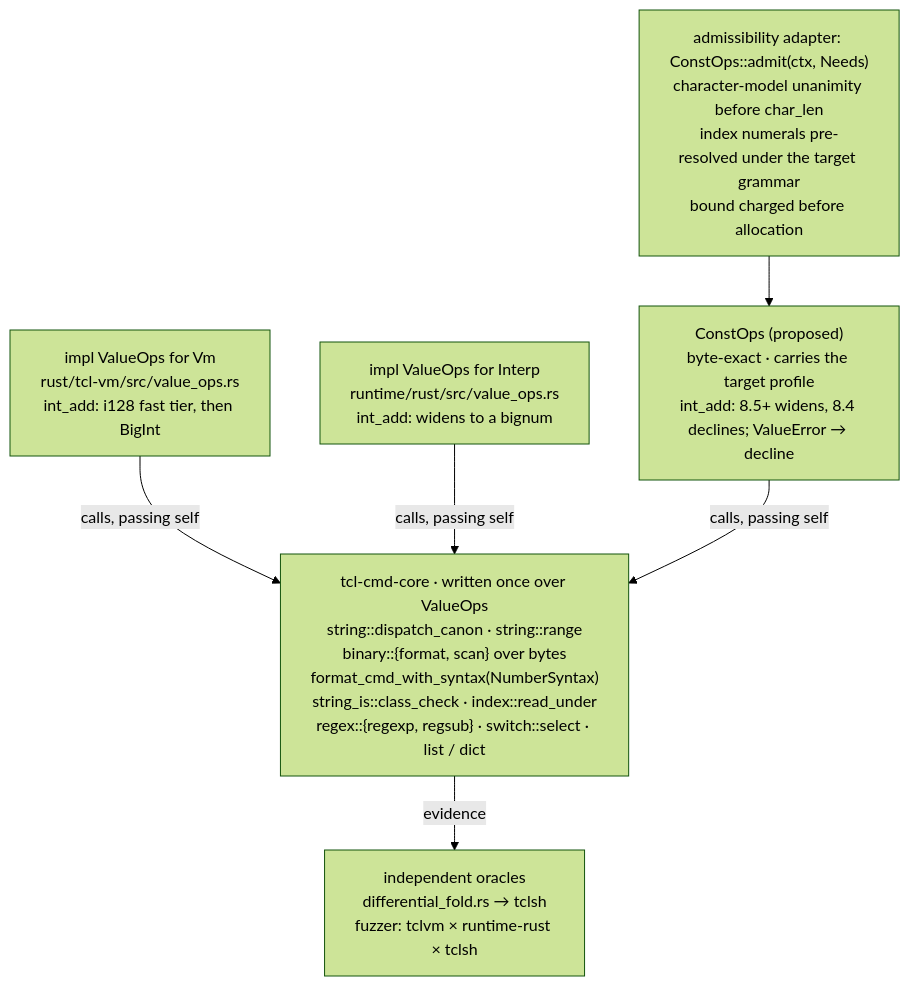
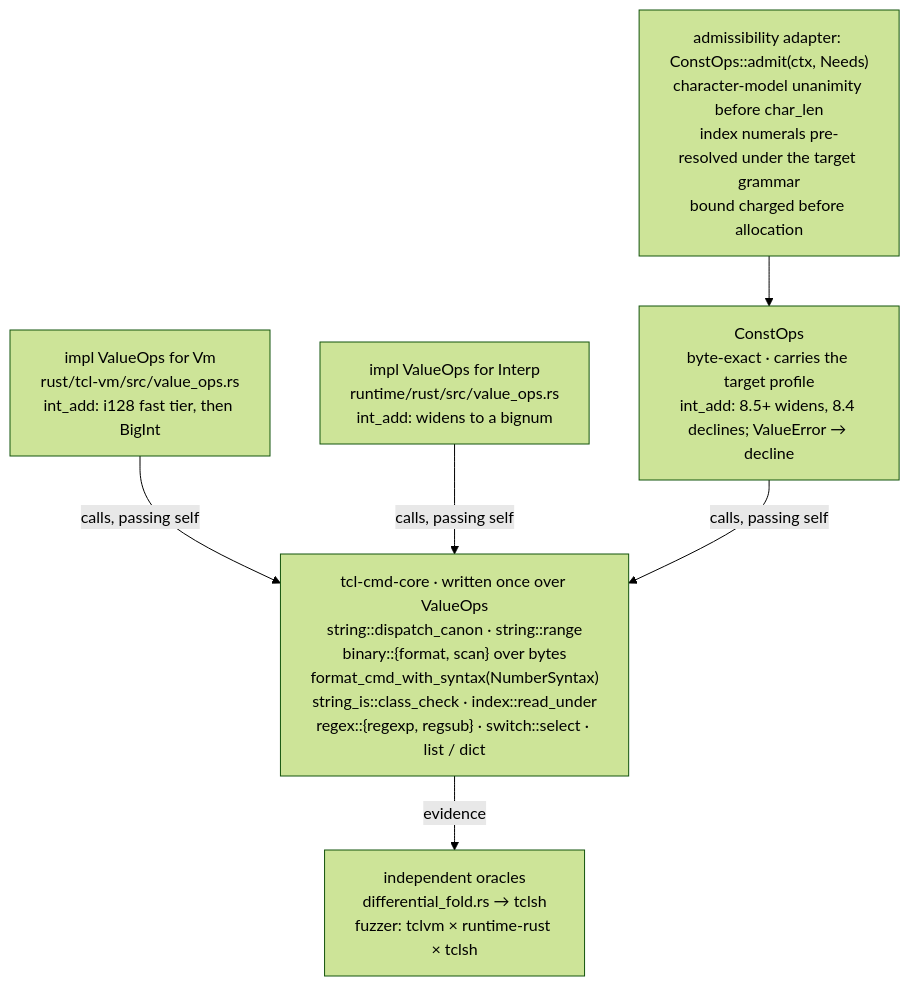
The second of 3 diagrams in docs/design/compiler/value-evaluation.md (bitwisecook/tcl-lsp), drawn with Mermaid (forest theme) before and after one commit. The commit also changed other lines of this file, not shown here.

````diff
--- a/docs/design/compiler/value-evaluation.md
+++ b/docs/design/compiler/value-evaluation.md
@@ -226,12 +218,12 @@
 ```mermaid
 flowchart TB
     VM["impl ValueOps for Vm<br/>rust/tcl-vm/src/value_ops.rs<br/>int_add: i128 fast tier, then BigInt"]
     RT["impl ValueOps for Interp<br/>runtime/rust/src/value_ops.rs<br/>int_add: widens to a bignum"]
-    CO["ConstOps (proposed)<br/>byte-exact · carries the target profile<br/>int_add: 8.5+ widens, 8.4 declines; ValueError → decline"]
+    CO["ConstOps<br/>byte-exact · carries the target profile<br/>int_add: 8.5+ widens, 8.4 declines; ValueError → decline"]
     CORE["tcl-cmd-core · written once over ValueOps<br/>string::dispatch_canon · string::range<br/>binary::{format, scan} over bytes<br/>format_cmd_with_syntax(NumberSyntax)<br/>string_is::class_check · index::read_under<br/>regex::{regexp, regsub} · switch::select · list / dict"]
     VM -->|calls, passing self| CORE
     RT -->|calls, passing self| CORE
     CO -->|calls, passing self| CORE
     AD["admissibility adapter: ConstOps::admit(ctx, Needs)<br/>character-model unanimity before char_len<br/>index numerals pre-resolved under the target grammar<br/>bound charged before allocation"] --> CO
     CORE -->|evidence| OR["independent oracles<br/>differential_fold.rs → tclsh<br/>fuzzer: tclvm × runtime-rust × tclsh"]
 ```
````
